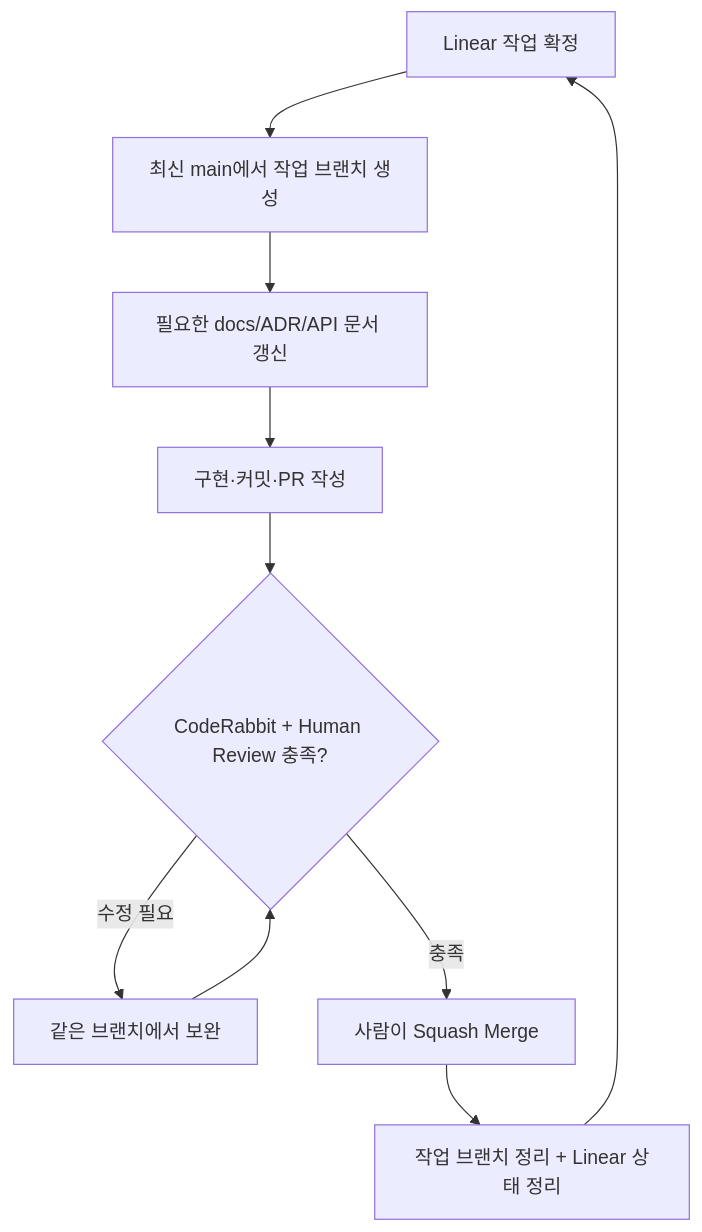
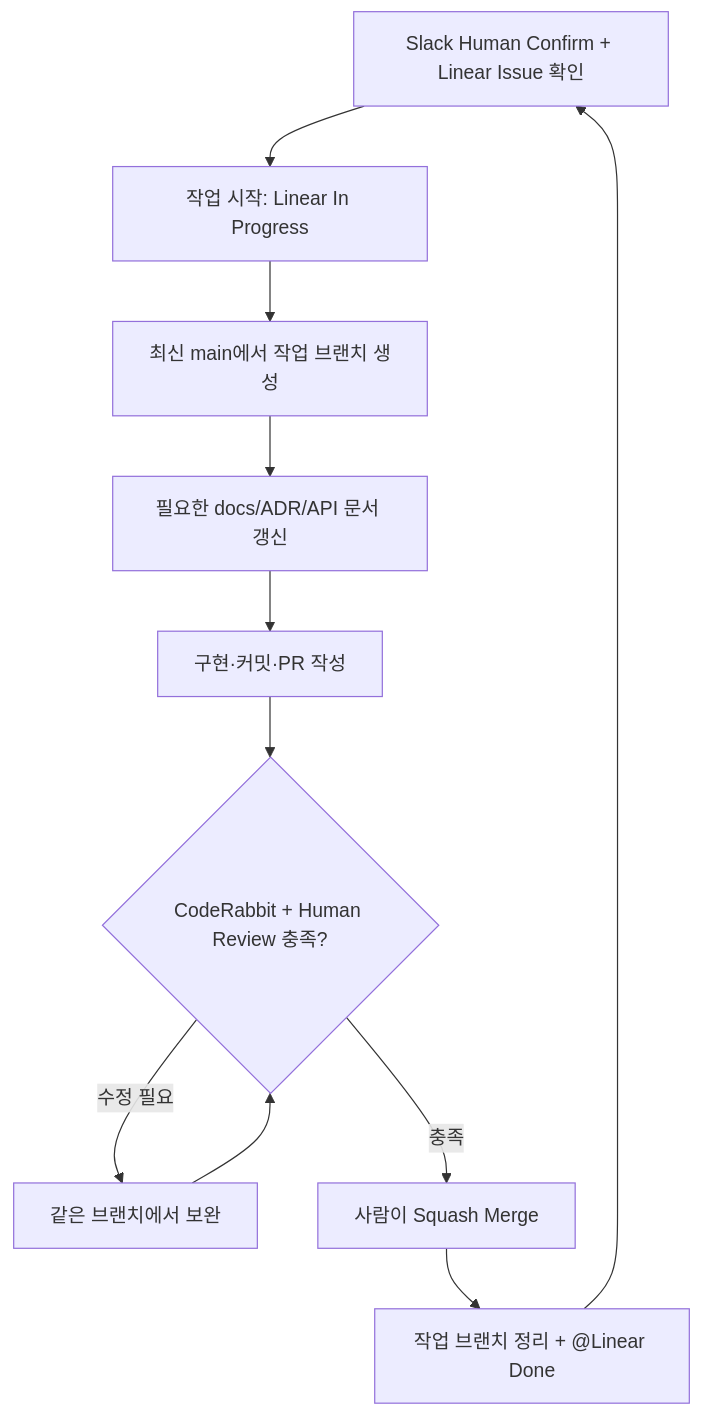
One commit to nsuCapstoneTeam/NSU_CAPSTONE changed the diagram in docs/협업-가이드/02-github-flow와-브랜치.md. Above: the diagram before and after it, drawn with Mermaid. The commit also changed other lines of this file, not shown here.

Commit message:
docs(workflow): Linear In Progress와 실제 작업 절차 연결

````diff
--- a/docs/협업-가이드/02-github-flow와-브랜치.md
+++ b/docs/협업-가이드/02-github-flow와-브랜치.md
@@ -7,12 +7,13 @@
 ```mermaid
 flowchart TD
-    A["Linear 작업 확정"] --> B["최신 main에서 작업 브랜치 생성"]
-    B --> C["필요한 docs/ADR/API 문서 갱신"]
-    C --> D["구현·커밋·PR 작성"]
-    D --> E{"CodeRabbit + Human Review 충족?"}
-    E -->|수정 필요| F["같은 브랜치에서 보완"]
-    F --> E
-    E -->|충족| G["사람이 Squash Merge"]
-    G --> H["작업 브랜치 정리 + Linear 상태 정리"]
-    H --> A
+    A["Slack Human Confirm + Linear Issue 확인"] --> B["작업 시작: Linear In Progress"]
+    B --> C["최신 main에서 작업 브랜치 생성"]
+    C --> D["필요한 docs/ADR/API 문서 갱신"]
+    D --> E["구현·커밋·PR 작성"]
+    E --> F{"CodeRabbit + Human Review 충족?"}
+    F -->|수정 필요| G["같은 브랜치에서 보완"]
+    G --> F
+    F -->|충족| H["사람이 Squash Merge"]
+    H --> I["작업 브랜치 정리 + @Linear Done"]
+    I --> A
 ```
````
